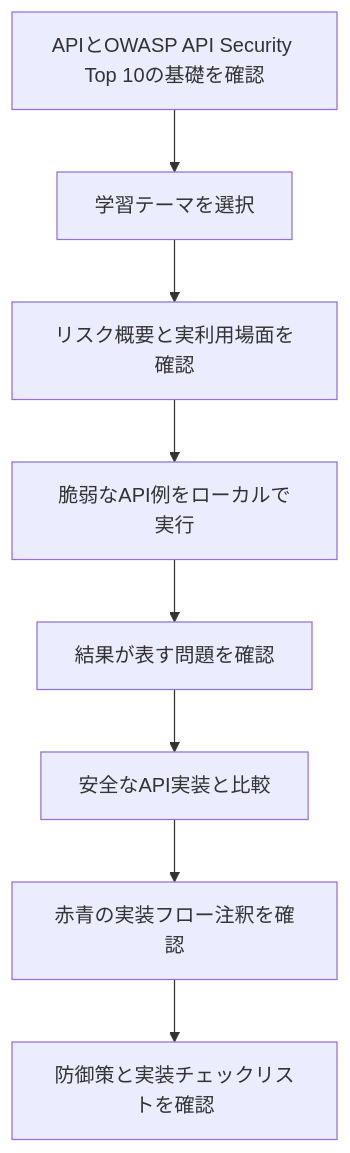
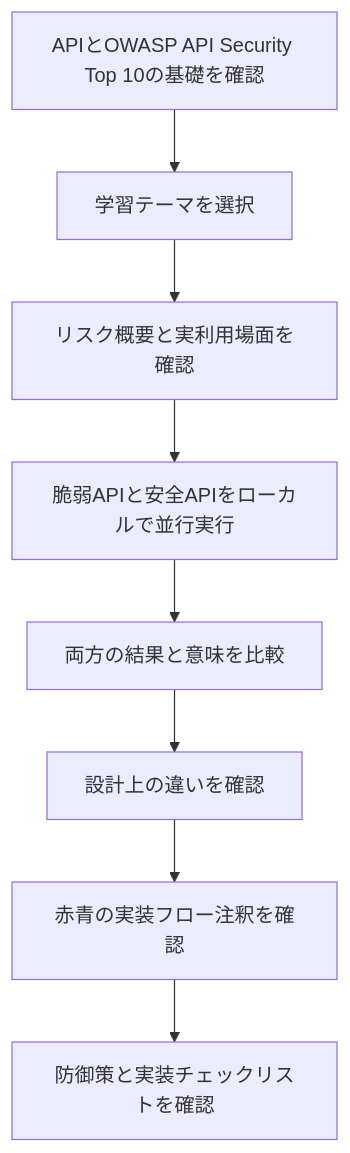
The diagram in docs/proposal.ja.md (kiryu1211/api-security-lab-platform), drawn with Mermaid before and after one commit. The commit also changed 15 other files, not shown here.

````diff
--- a/docs/proposal.ja.md
+++ b/docs/proposal.ja.md
@@ -37,10 +37,10 @@
 ```mermaid
 flowchart TD
     A[APIとOWASP API Security Top 10の基礎を確認] --> B[学習テーマを選択]
     B --> C[リスク概要と実利用場面を確認]
-    C --> D[脆弱なAPI例をローカルで実行]
-    D --> E[結果が表す問題を確認]
-    E --> F[安全なAPI実装と比較]
+    C --> D[脆弱APIと安全APIをローカルで並行実行]
+    D --> E[両方の結果と意味を比較]
+    E --> F[設計上の違いを確認]
     F --> G[赤青の実装フロー注釈を確認]
     G --> H[防御策と実装チェックリストを確認]
 ```
````
